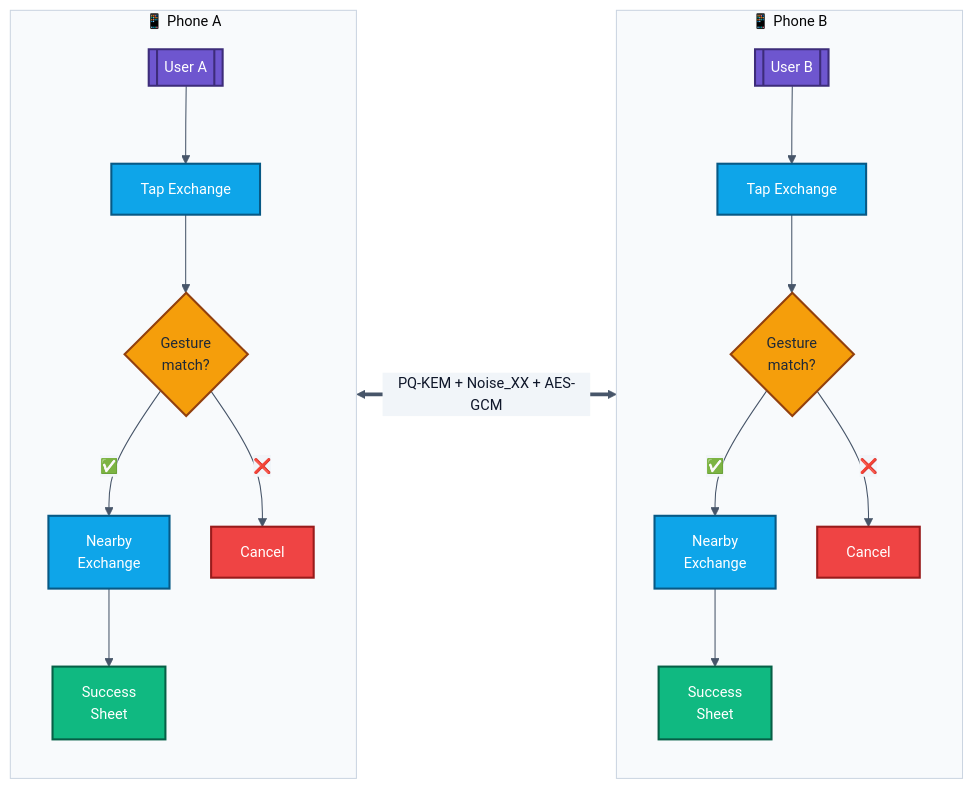
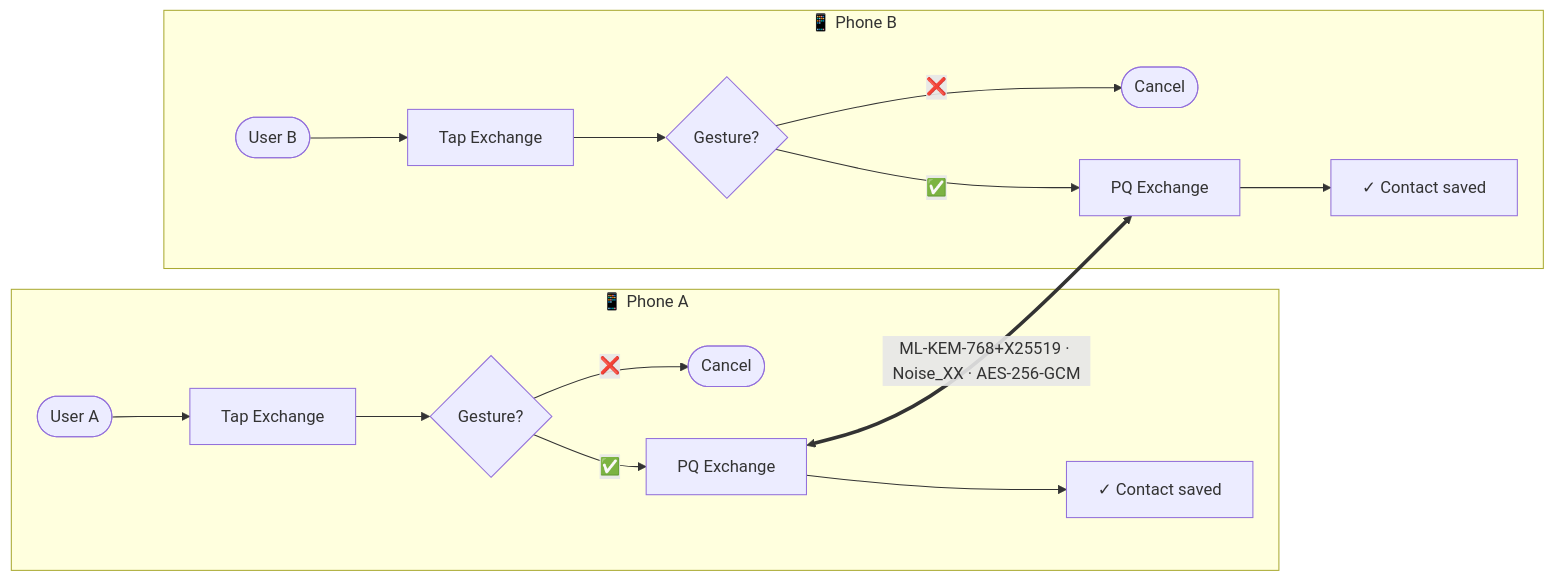
The diagram in README.md (Yash-Awasthi/Aura), drawn with Mermaid before and after one commit. The commit also changed other lines of this file and 8 other files, not shown here.

````diff
--- a/README.md
+++ b/README.md
@@ -85,44 +85,14 @@
 ```mermaid
-%%{init: {'theme':'base','themeVariables':{
-  'fontFamily':'ui-monospace, SFMono-Regular, Menlo, Monaco, monospace',
-  'fontSize':'14px',
-  'primaryColor':'#0EA5E9',
-  'primaryTextColor':'#0F172A',
-  'primaryBorderColor':'#075985',
-  'lineColor':'#475569',
-  'secondaryColor':'#F1F5F9',
-  'tertiaryColor':'#FAFAF9',
-  'clusterBkg':'#F8FAFC',
-  'clusterBorder':'#CBD5E1'
-},'flowchart':{'curve':'basis','nodeSpacing':40,'rankSpacing':50,'padding':14}}}%%
 flowchart LR
     subgraph A["📱 Phone A"]
-        direction TB
-        UA[["User A"]]:::user
-        TA["Tap Exchange"]:::service
-        GA{"Gesture\nmatch?"}:::gate
-        NA["Nearby\nExchange"]:::service
-        SA["Success\nSheet"]:::ui
-        UA --> TA --> GA
-        GA -- "✅" --> NA --> SA
-        GA -- "❌" --> XA["Cancel"]:::warn
+        UA(["User A"]) --> TA["Tap Exchange"] --> GA{"Gesture?"}
+        GA -- ✅ --> NA["PQ Exchange"] --> SA["✓ Contact saved"]
+        GA -- ❌ --> XA(["Cancel"])
     end
     subgraph B["📱 Phone B"]
-        direction TB
-        UB[["User B"]]:::user
-        TB["Tap Exchange"]:::service
-        GB{"Gesture\nmatch?"}:::gate
-        NB["Nearby\nExchange"]:::service
-        SB["Success\nSheet"]:::ui
-        UB --> TB --> GB
-        GB -- "✅" --> NB --> SB
-        GB -- "❌" --> XB["Cancel"]:::warn
+        UB(["User B"]) --> TB["Tap Exchange"] --> GB{"Gesture?"}
+        GB -- ✅ --> NB["PQ Exchange"] --> SB["✓ Contact saved"]
+        GB -- ❌ --> XB(["Cancel"])
     end
-    NA <== "PQ-KEM + Noise_XX + AES-GCM" ==> NB
-
-    classDef user fill:#6E56CF,color:#FFFFFF,stroke:#3D2C7A,stroke-width:2px
-    classDef service fill:#0EA5E9,color:#FFFFFF,stroke:#075985,stroke-width:2px
-    classDef ui fill:#10B981,color:#FFFFFF,stroke:#065F46,stroke-width:2px
-    classDef gate fill:#F59E0B,color:#1F2937,stroke:#92400E,stroke-width:2px
-    classDef warn fill:#EF4444,color:#FFFFFF,stroke:#991B1B,stroke-width:2px
+    NA <== "ML-KEM-768+X25519 · Noise_XX · AES-256-GCM" ==> NB
 ```
````
